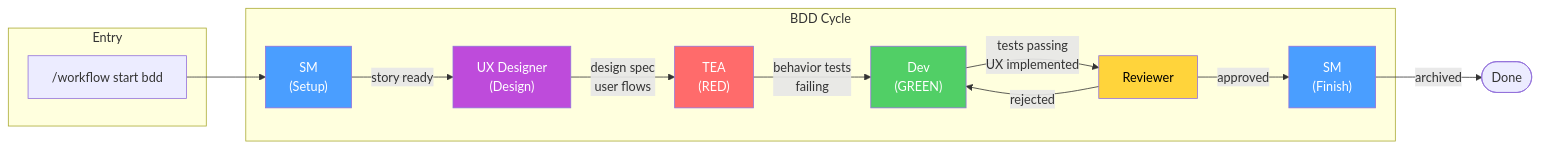
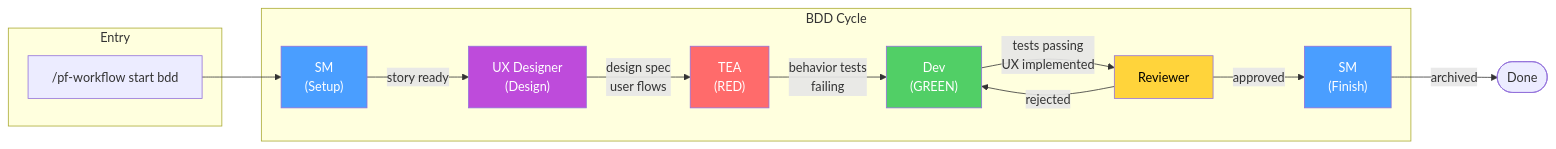
One commit to slabgorb/pennyfarthing changed the third of 10 diagrams in docs/BIKELANE-DIAGRAMS.md. Above: the diagram before and after it, drawn with Mermaid. The commit also changed other lines of this file and 57 other files, not shown here.

````diff
--- a/docs/BIKELANE-DIAGRAMS.md
+++ b/docs/BIKELANE-DIAGRAMS.md
@@ -120,31 +120,31 @@
 ```mermaid
 flowchart LR
     subgraph Entry
-        NW["/workflow start bdd"]
+        NW["/pf-workflow start bdd"]
     end
 
     subgraph "BDD Cycle"
         SM1["SM<br/>(Setup)"]
         UX["UX Designer<br/>(Design)"]
         TEA["TEA<br/>(RED)"]
         DEV["Dev<br/>(GREEN)"]
         REV["Reviewer"]
         SM2["SM<br/>(Finish)"]
     end
 
     NW --> SM1
     SM1 -->|"story ready"| UX
     UX -->|"design spec<br/>user flows"| TEA
     TEA -->|"behavior tests<br/>failing"| DEV
     DEV -->|"tests passing<br/>UX implemented"| REV
     REV -->|"approved"| SM2
     REV -->|"rejected"| DEV
     SM2 -->|"archived"| Done([Done])
 
     style SM1 fill:#4a9eff,color:white
     style SM2 fill:#4a9eff,color:white
     style UX fill:#be4bdb,color:white
     style TEA fill:#ff6b6b,color:white
     style DEV fill:#51cf66,color:white
     style REV fill:#ffd43b,color:black
 ```
````
